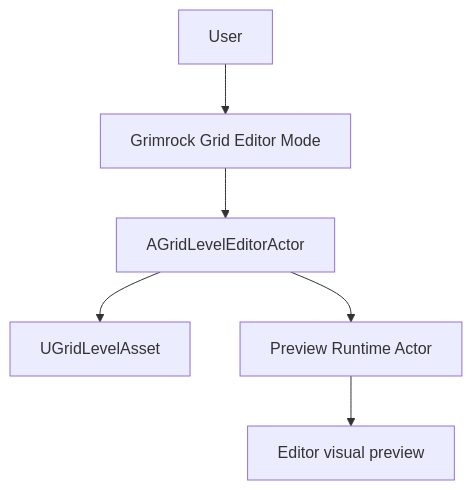
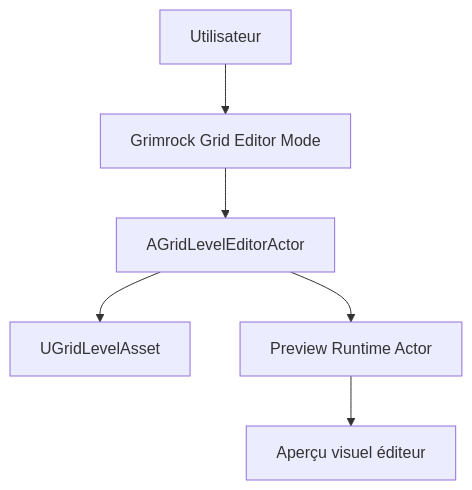
One commit to PhilippeMartin1964/GrimrockPrototype changed the sixth of 9 diagrams in docs/Architecture/CORE_DUNGEON_LEVEL_GRID.md. Above: the diagram before and after it, drawn with Mermaid. The commit also changed other lines of this file, not shown here.

Commit message:
Translate core dungeon level grid documentation to French

````diff
--- a/docs/Architecture/CORE_DUNGEON_LEVEL_GRID.md
+++ b/docs/Architecture/CORE_DUNGEON_LEVEL_GRID.md
@@ -876,8 +880,8 @@
 ```mermaid
 flowchart TD
-    A[User] --> B[Grimrock Grid Editor Mode]
+    A[Utilisateur] --> B[Grimrock Grid Editor Mode]
     B --> C[AGridLevelEditorActor]
     C --> D[UGridLevelAsset]
     C --> E[Preview Runtime Actor]
-    E --> F[Editor visual preview]
+    E --> F[Aperçu visuel éditeur]
 ```
````
